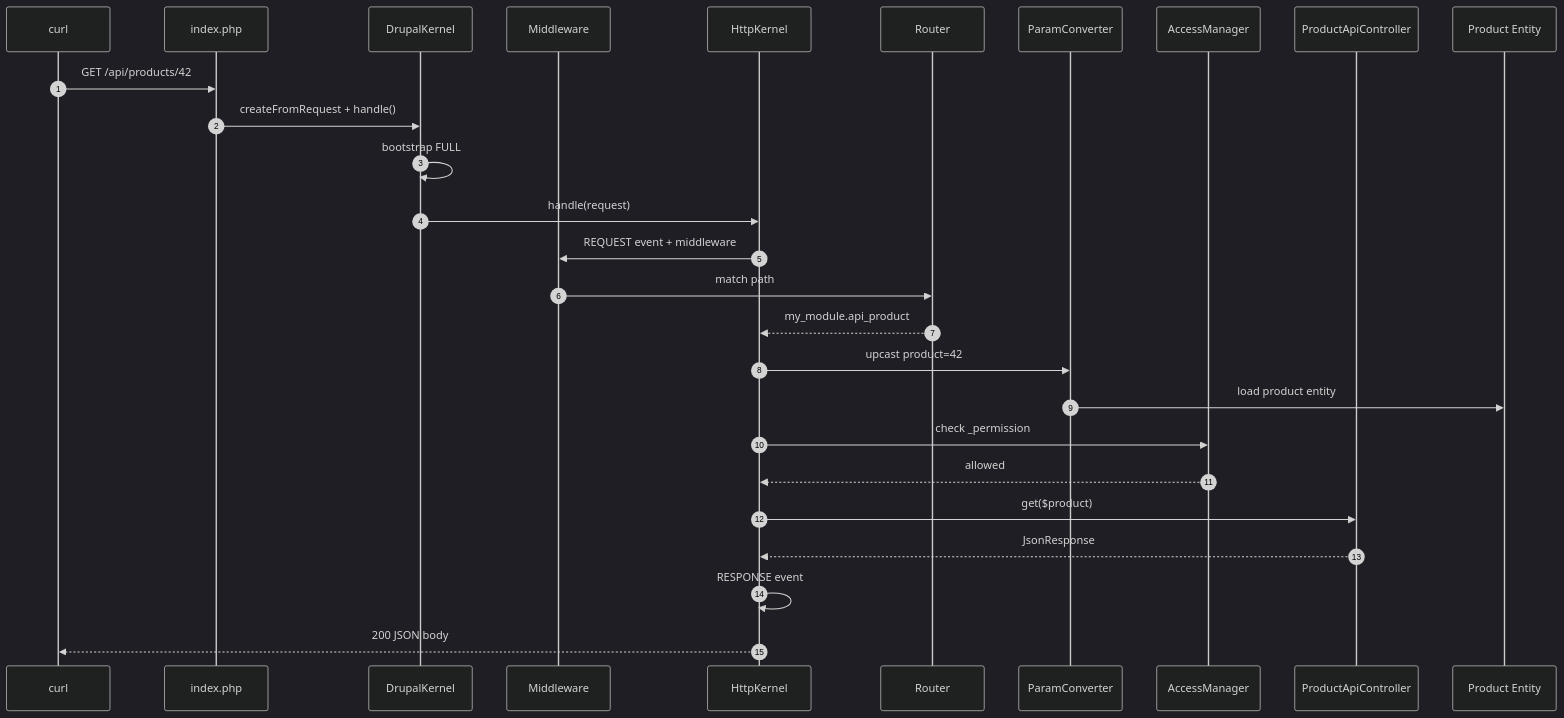
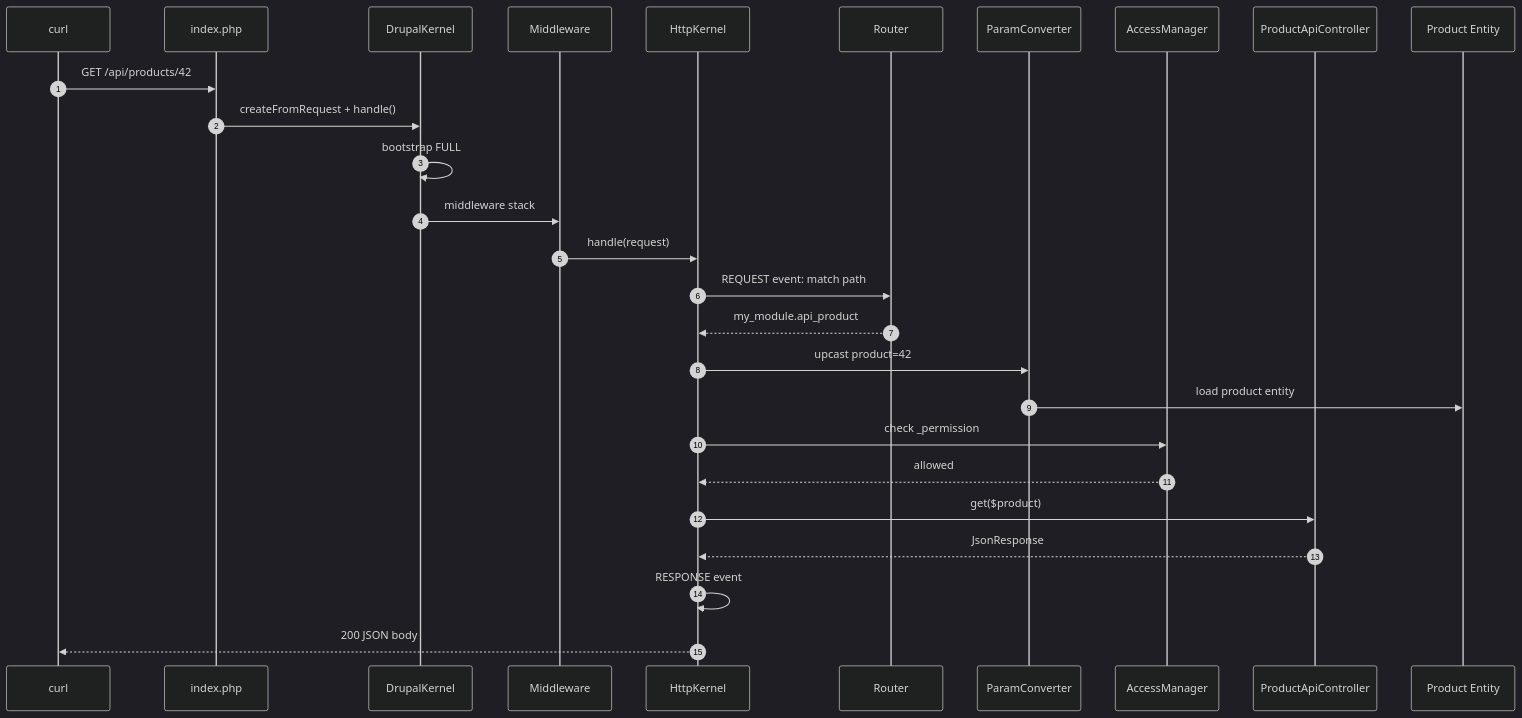
The diagram in docs/internals/tracing-request.md (amitmaity/drupal-docs), drawn with Mermaid (dark theme) before and after one commit. The commit also changed other lines of this file and 83 other files, not shown here.

````diff
--- a/docs/internals/tracing-request.md
+++ b/docs/internals/tracing-request.md
@@ -52,30 +52,30 @@
 ```mermaid
 sequenceDiagram
     autonumber
     participant C as curl
     participant IP as index.php
     participant DK as DrupalKernel
     participant MW as Middleware
     participant HK as HttpKernel
     participant RT as Router
     participant PC as ParamConverter
     participant AC as AccessManager
     participant CT as ProductApiController
     participant EN as Product Entity
 
     C->>IP: GET /api/products/42
     IP->>DK: createFromRequest + handle()
     DK->>DK: bootstrap FULL
-    DK->>HK: handle(request)
-    HK->>MW: REQUEST event + middleware
-    MW->>RT: match path
+    DK->>MW: middleware stack
+    MW->>HK: handle(request)
+    HK->>RT: REQUEST event: match path
     RT-->>HK: my_module.api_product
     HK->>PC: upcast product=42
     PC->>EN: load product entity
     HK->>AC: check _permission
     AC-->>HK: allowed
     HK->>CT: get($product)
     CT-->>HK: JsonResponse
     HK->>HK: RESPONSE event
     HK-->>C: 200 JSON body
 ```
````
